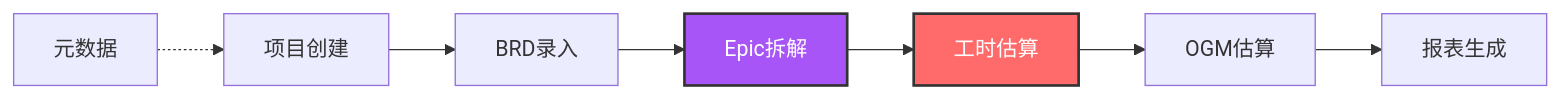
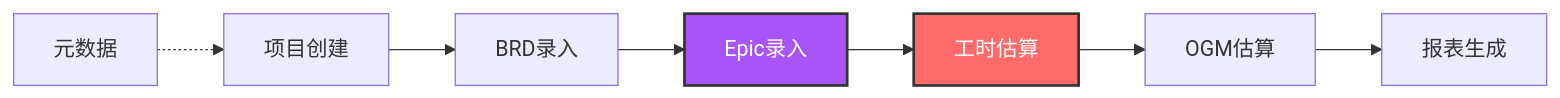
One commit to 9527dong/MySlidev changed the diagram in 2025-11-18-pet-3-0/src/slides.md. Above: the diagram before and after it, drawn with Mermaid. The commit also changed other lines of this file, not shown here.

````diff
--- a/2025-11-18-pet-3-0/src/slides.md
+++ b/2025-11-18-pet-3-0/src/slides.md
@@ -81,9 +81,9 @@
 ```mermaid
 graph LR
-    A[元数据] -.-> B[项目创建] --> C[BRD录入] --> D[Epic拆解]
+    A[元数据] -.-> B[项目创建] --> C[BRD录入] --> D[Epic录入]
     D --> E[工时估算]
     E --> F[OGM估算]
     F --> G[报表生成]
     style D fill:#a855f7,stroke:#333,stroke-width:2px,color:#fff
     style E fill:#ff6b6b,stroke:#333,stroke-width:2px,color:#fff
 ```
````
